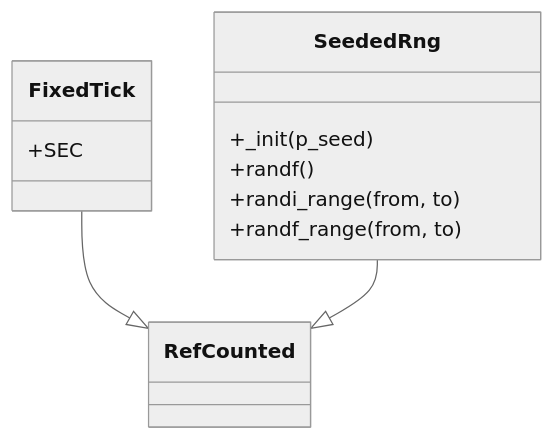
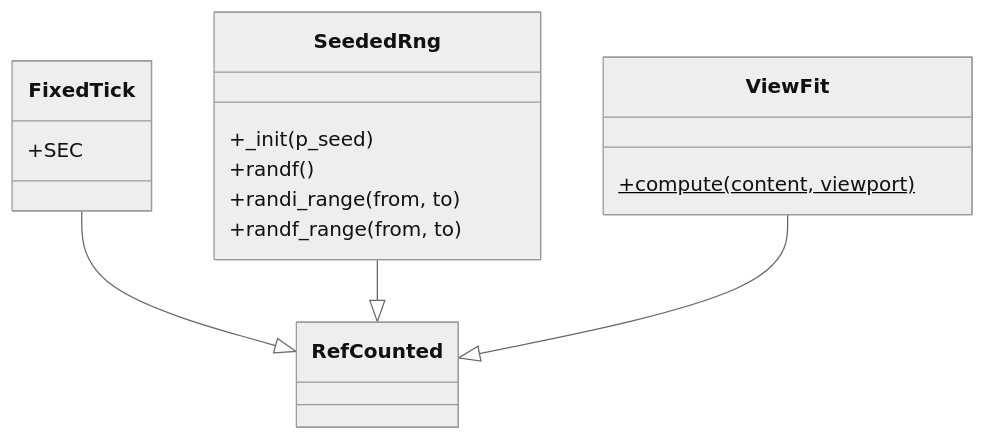
One commit to kblaszki/godot-game changed the diagram in docs/reference/engine-core.md. Above: the diagram before and after it, drawn with Mermaid (neutral theme). The commit also changed other lines of this file and 8 other files, not shown here.

````diff
--- a/docs/reference/engine-core.md
+++ b/docs/reference/engine-core.md
@@ -21,14 +26,18 @@
 ```mermaid
 classDiagram
   class FixedTick {
     +SEC
   }
   class SeededRng {
     +_init(p_seed)
     +randf()
     +randi_range(from, to)
     +randf_range(from, to)
   }
+  class ViewFit {
+    +compute(content, viewport)$
+  }
   FixedTick --|> RefCounted
   SeededRng --|> RefCounted
+  ViewFit --|> RefCounted
 ```
````
